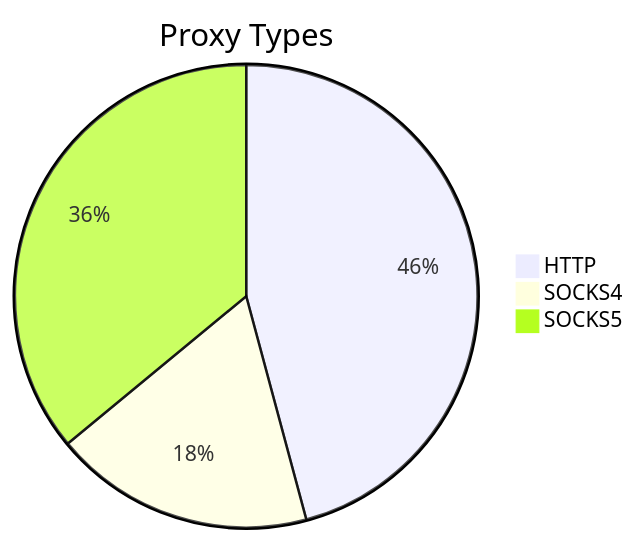
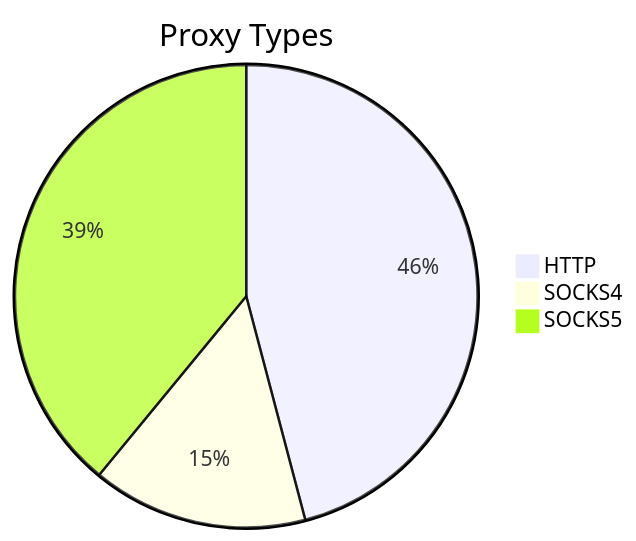
One commit to stormsia/proxy-list changed the first of 2 diagrams in README.md. Above: the diagram before and after it, drawn with Mermaid. The commit also changed other lines of this file, not shown here.

````diff
--- a/README.md
+++ b/README.md
@@ -21,6 +21,6 @@
 ```mermaid
 pie title Proxy Types
-    "HTTP" : 219
-    "SOCKS4" : 87
-    "SOCKS5" : 172
+    "HTTP" : 134
+    "SOCKS4" : 44
+    "SOCKS5" : 114
 ```
````
